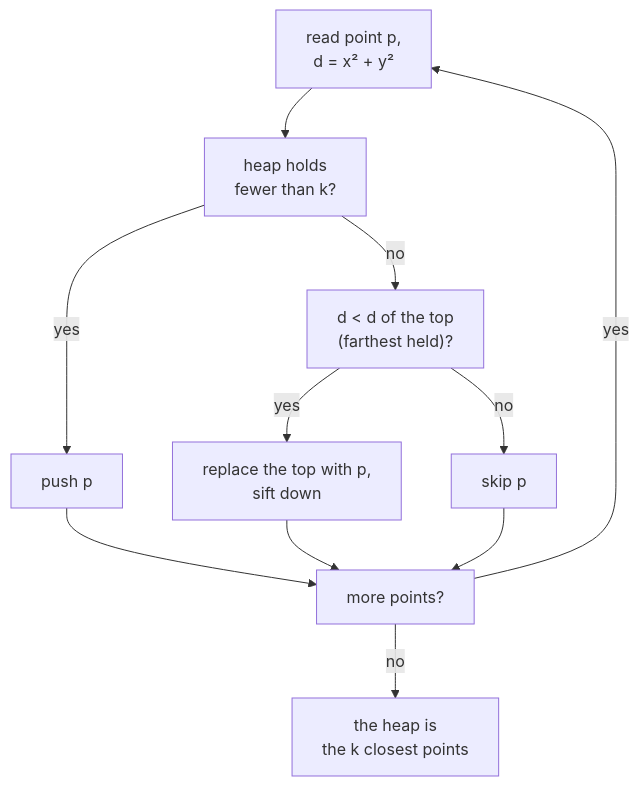
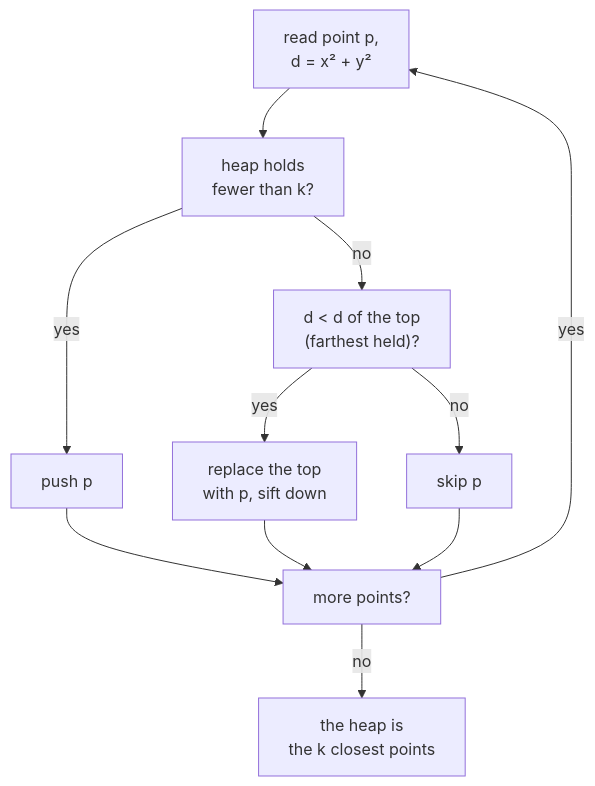
One commit to duongbui234/software-engineering-atlas changed the diagram in content/en/problems/k-closest-points-to-origin.md. Above: the diagram before and after it, drawn with Mermaid. The commit also changed 134 other files, not shown here.

First line of the commit message:
Fit every Mermaid diagram at 390px without sideways scroll (#56)

````diff
--- a/content/en/problems/k-closest-points-to-origin.md
+++ b/content/en/problems/k-closest-points-to-origin.md
@@ -50,13 +50,13 @@
 ```mermaid
 flowchart TB
   A["read point p,<br/>d = x² + y²"] --> B["heap holds<br/>fewer than k?"]
   B -->|"yes"| C["push p"]
   B -->|"no"| D["d < d of the top<br/>(farthest held)?"]
-  D -->|"yes"| E["replace the top with p,<br/>sift down"]
+  D -->|"yes"| E["replace the top<br/>with p, sift down"]
   D -->|"no"| F["skip p"]
   C --> G["more points?"]
   E --> G
   F --> G
   G -->|"yes"| A
   G -->|"no"| H["the heap is<br/>the k closest points"]
 ```
````
